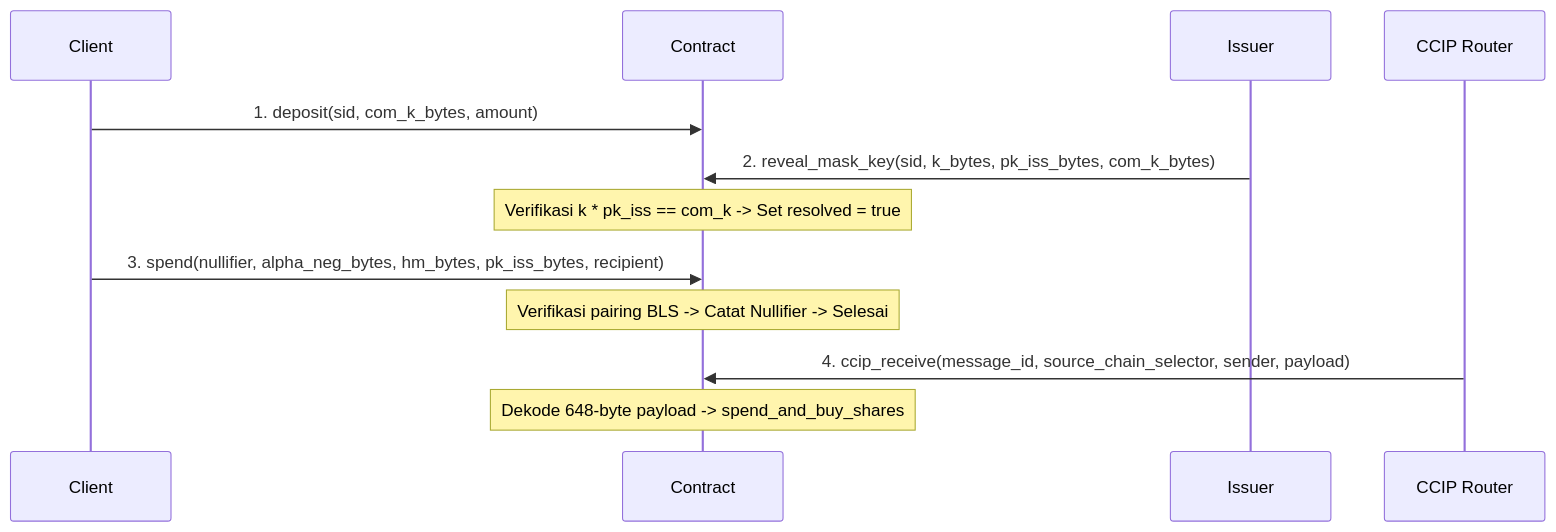
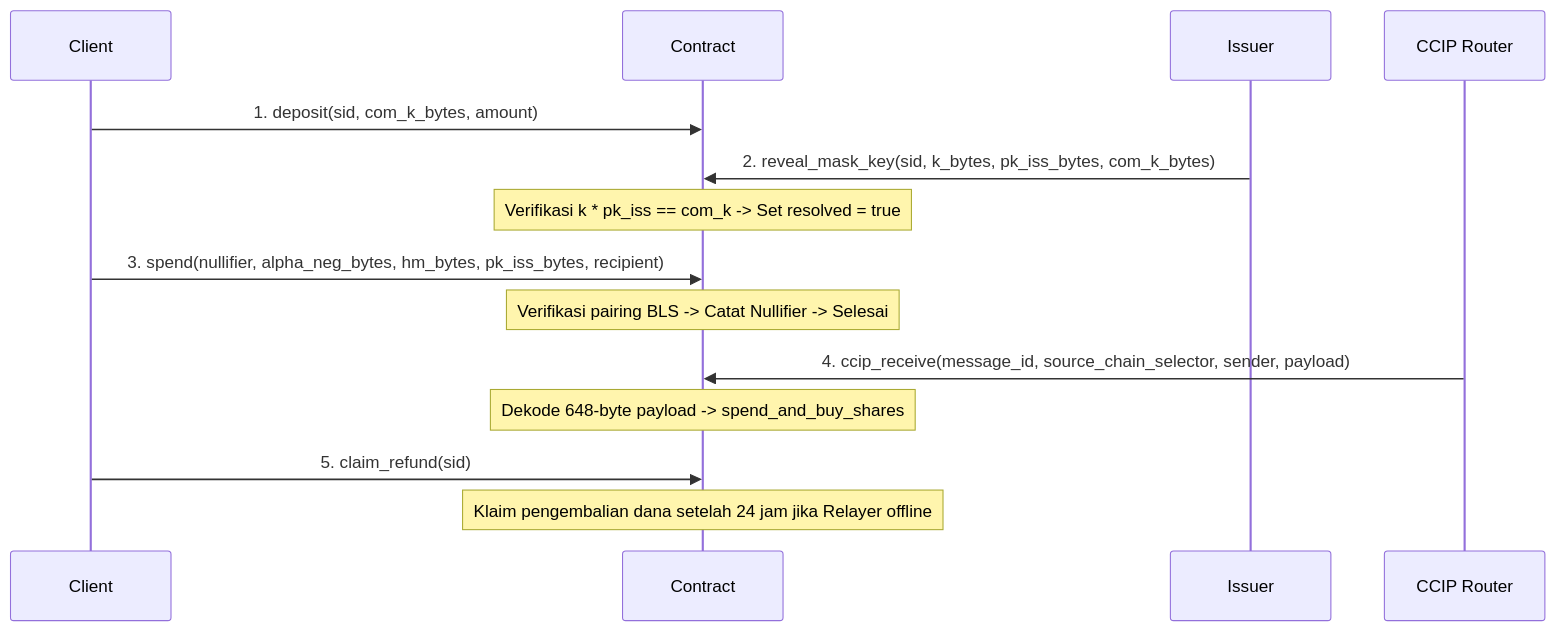
Before and after one commit to 0xReLogic/Zeltra-Protocol: the diagram in docs/contract.md, drawn with Mermaid. The commit also changed other lines of this file and 3 other files, not shown here.

````diff
--- a/docs/contract.md
+++ b/docs/contract.md
@@ -53,10 +62,12 @@
 ```mermaid
 sequenceDiagram
     Client->>Contract: 1. deposit(sid, com_k_bytes, amount)
     Issuer->>Contract: 2. reveal_mask_key(sid, k_bytes, pk_iss_bytes, com_k_bytes)
     Note over Contract: Verifikasi k * pk_iss == com_k -> Set resolved = true
     Client->>Contract: 3. spend(nullifier, alpha_neg_bytes, hm_bytes, pk_iss_bytes, recipient)
     Note over Contract: Verifikasi pairing BLS -> Catat Nullifier -> Selesai
     CCIP Router->>Contract: 4. ccip_receive(message_id, source_chain_selector, sender, payload)
     Note over Contract: Dekode 648-byte payload -> spend_and_buy_shares
+    Client->>Contract: 5. claim_refund(sid)
+    Note over Contract: Klaim pengembalian dana setelah 24 jam jika Relayer offline
 ```
````
